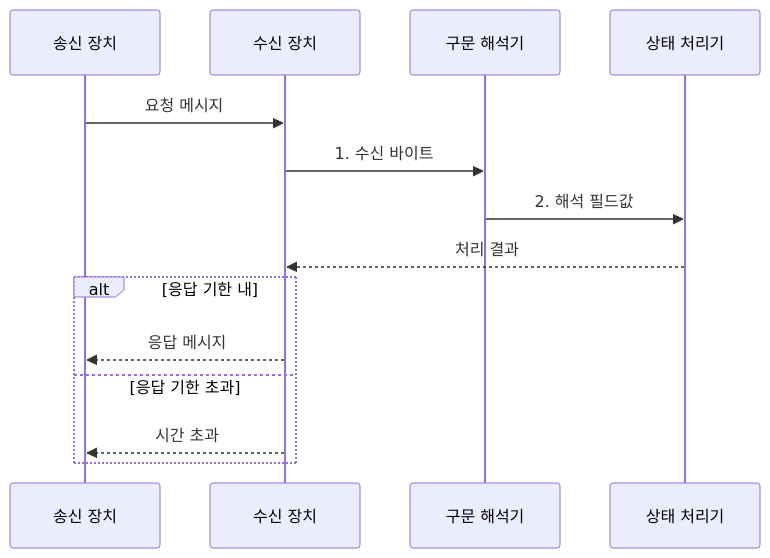
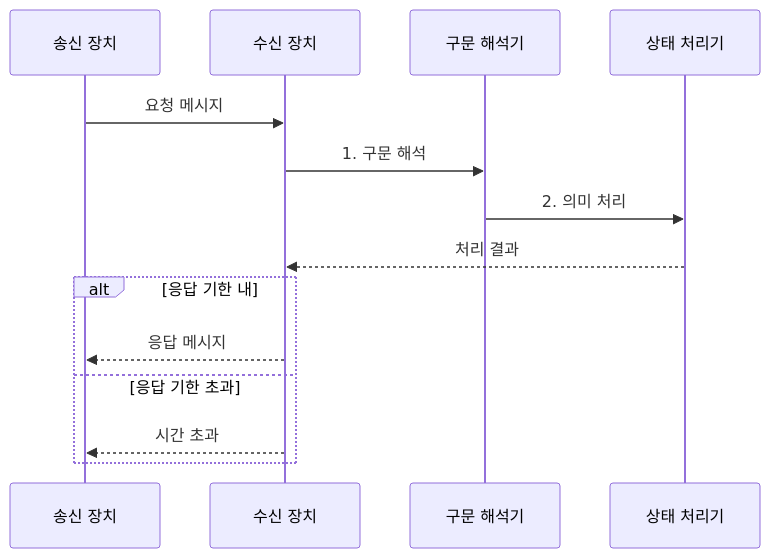
One commit to agnusdei1207/knowledge-base changed the diagram in src/content/docs/notes/04-network/003_protocol_3_elements.md. Above: the diagram before and after it, drawn with Mermaid. The commit also changed other lines of this file and 18 other files, not shown here.

````diff
--- a/src/content/docs/notes/04-network/003_protocol_3_elements.md
+++ b/src/content/docs/notes/04-network/003_protocol_3_elements.md
@@ -66,16 +66,16 @@
 ```mermaid
 sequenceDiagram
     participant S as 송신 장치
     participant R as 수신 장치
     participant P as 구문 해석기
     participant H as 상태 처리기
     S->>R: 요청 메시지
-    R->>P: 1. 수신 바이트
-    P->>H: 2. 해석 필드값
+    R->>P: 1. 구문 해석
+    P->>H: 2. 의미 처리
     H-->>R: 처리 결과
     alt 응답 기한 내
         R-->>S: 응답 메시지
     else 응답 기한 초과
         R-->>S: 시간 초과
     end
 ```
````
